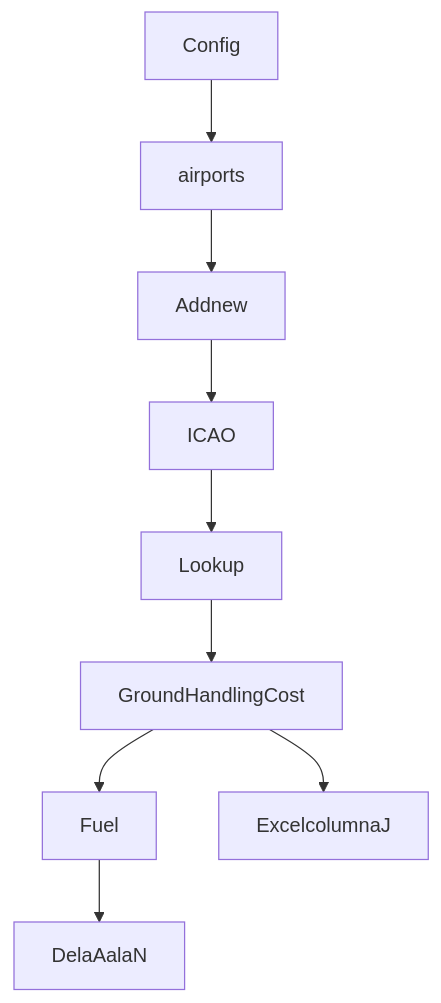
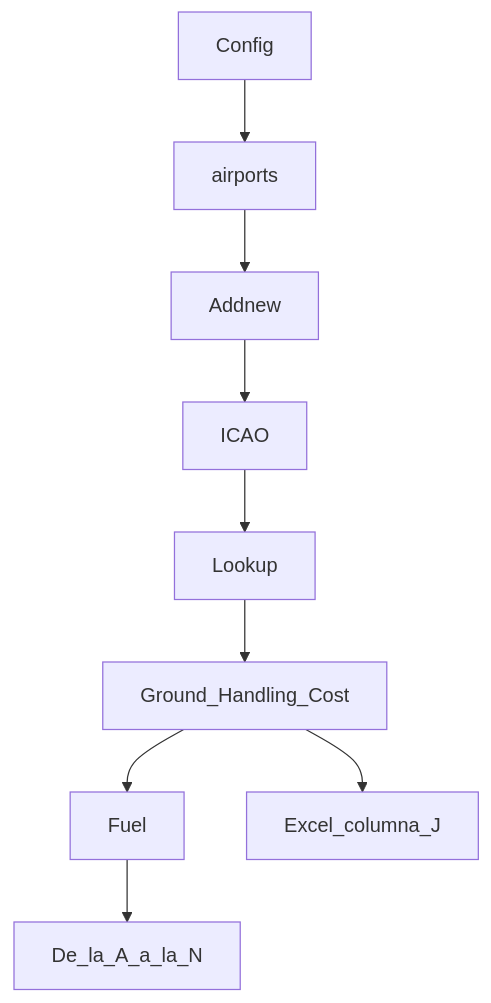
Before and after one commit to avs-code/Spark_surveillance_robot: the diagram in flowdiagram.md, drawn with Mermaid.

````diff
--- a/flowdiagram.md
+++ b/flowdiagram.md
@@ -1,10 +1,10 @@
 ```mermaid
 graph TD;
 Config-->airports;
 airports-->Addnew;
 Addnew-->ICAO;
 ICAO-->Lookup;
-Lookup-->GroundHandlingCost-->Fuel;
-GroundHandlingCost-->ExcelcolumnaJ;
-Fuel-->DelaAalaN;
+Lookup-->Ground_Handling_Cost-->Fuel;
+Ground_Handling_Cost-->Excel_columna_J;
+Fuel-->De_la_A_a_la_N;
 ```
````
